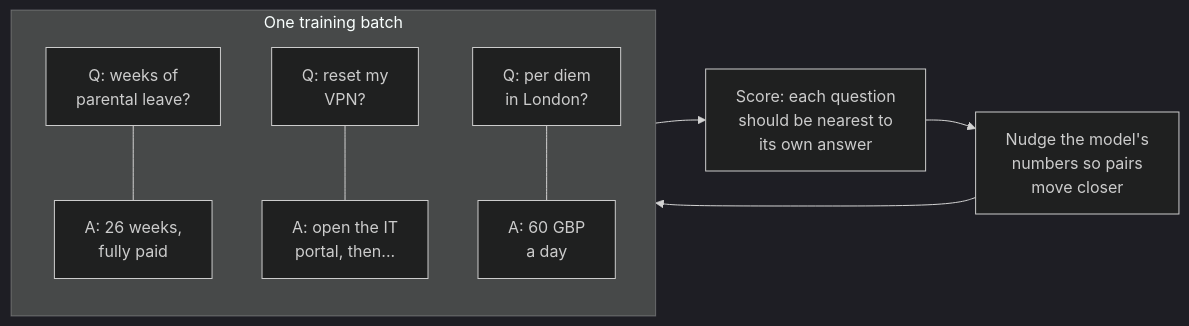
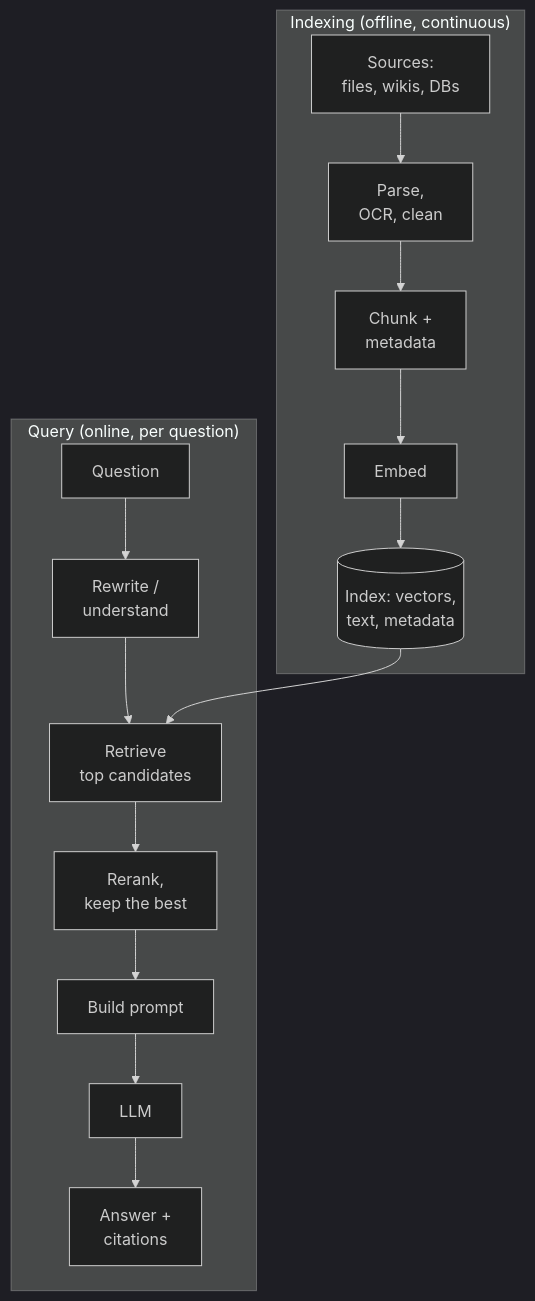
One commit to shubamchaudhary/CodeNITW changed the second of 5 diagrams in src/Data/aiStackDocs/CH-02.md. Above: the diagram before and after it, drawn with Mermaid (dark theme). The commit also changed other lines of this file and 52 other files, not shown here.

````diff
--- a/src/Data/aiStackDocs/CH-02.md
+++ b/src/Data/aiStackDocs/CH-02.md
@@ -88,11 +28,18 @@
 ```mermaid
-flowchart LR
-    subgraph BATCH["One training batch"]
-        Q1["Q: weeks of<br/>parental leave?"] --- D1["A: 26 weeks,<br/>fully paid"]
-        Q2["Q: reset my<br/>VPN?"] --- D2["A: open the IT<br/>portal, then..."]
-        Q3["Q: per diem<br/>in London?"] --- D3["A: 60 GBP<br/>a day"]
+flowchart TB
+    subgraph IDX["Indexing (offline, continuous)"]
+        SRC["Sources:<br/>files, wikis, DBs"] --> PAR["Parse,<br/>OCR, clean"]
+        PAR --> CH["Chunk +<br/>metadata"]
+        CH --> EMB["Embed"]
+        EMB --> IX[("Index: vectors,<br/>text, metadata")]
     end
-    BATCH --> L["Score: each question<br/>should be nearest to<br/>its own answer"]
-    L --> U["Nudge the model's<br/>numbers so pairs<br/>move closer"]
-    U --> BATCH
+    subgraph QRY["Query (online, per question)"]
+        QN["Question"] --> RW["Rewrite /<br/>understand"]
+        RW --> RT["Retrieve<br/>top candidates"]
+        RT --> RR["Rerank,<br/>keep the best"]
+        RR --> PB["Build prompt"]
+        PB --> LLM["LLM"]
+        LLM --> ANS["Answer +<br/>citations"]
+    end
+    IX --> RT
 ```
````
